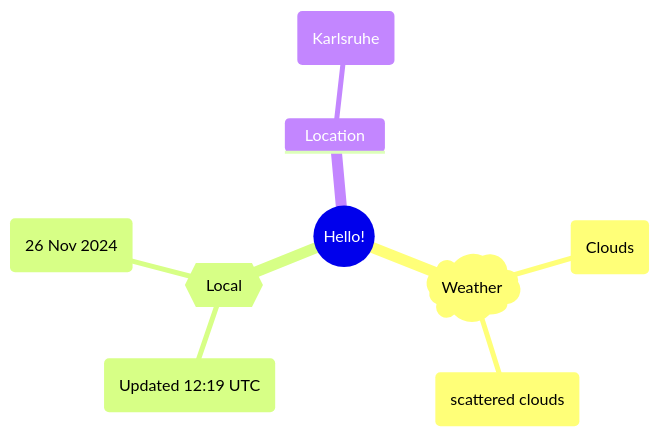
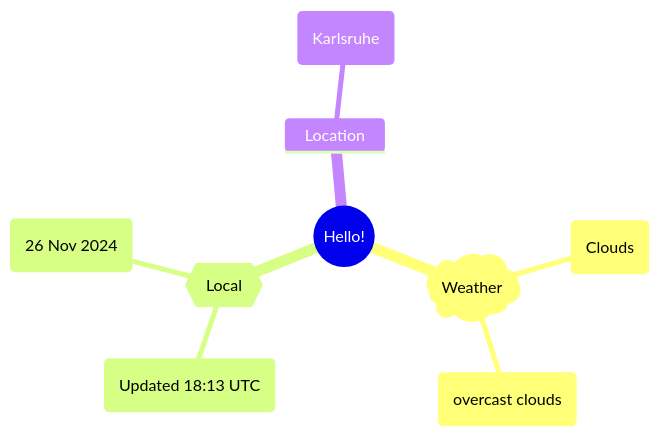
One commit to Xosrov/Xosrov changed the first of 2 diagrams in README.md. Above: the diagram before and after it, drawn with Mermaid.

Commit message:
[bot] updated images

````diff
--- a/README.md
+++ b/README.md
@@ -3,12 +3,12 @@
 ```mermaid
 mindmap
   root((Hello!))
     )Weather(
         (Clouds)
-        (scattered clouds)
+        (overcast clouds)
     {{Local}}
-        (Updated 12:19 UTC)
+        (Updated 18:13 UTC)
         (26 Nov 2024)
     Location
         (Karlsruhe)
 ```
````
